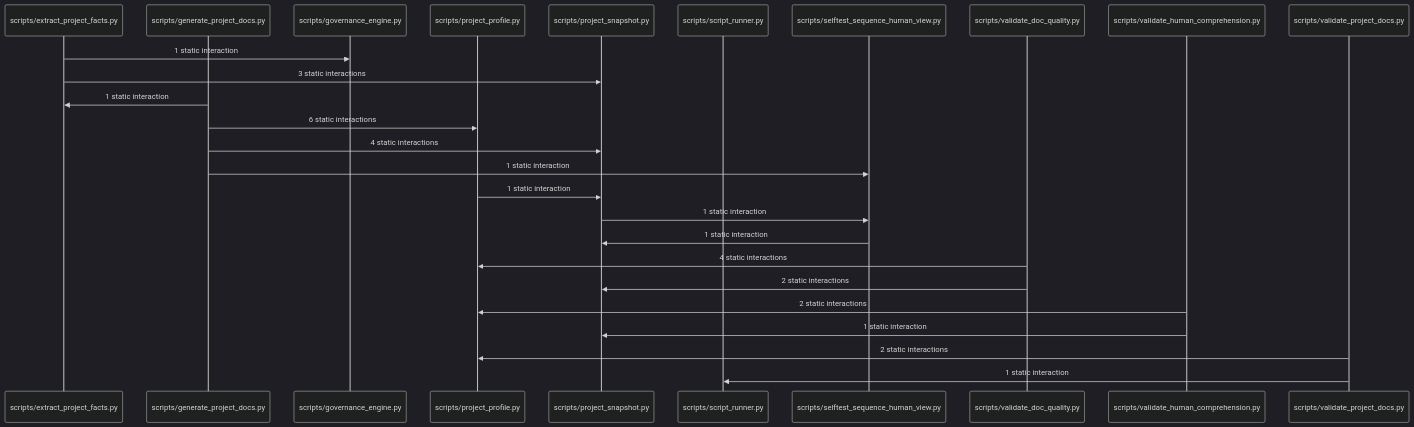
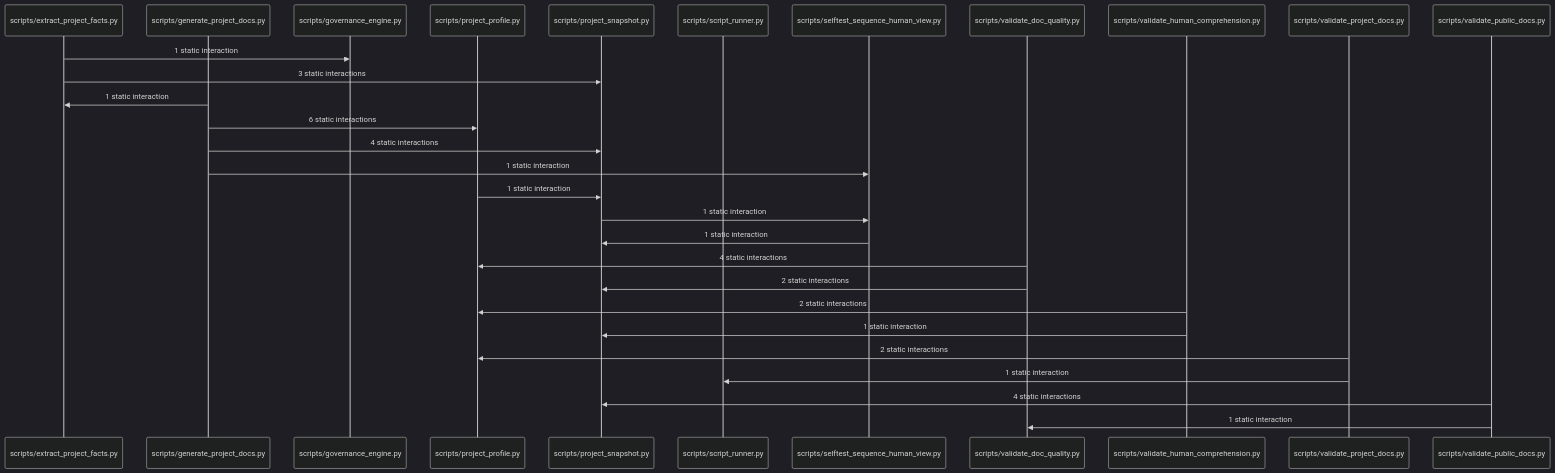
The diagram in docs/sequence/views/SW2-04-GOVERNANCE.md (maxqstudio/Skill_Workflow), drawn with Mermaid (dark theme) before and after one commit. The commit also changed other lines of this file and 43 other files, not shown here.

````diff
--- a/docs/sequence/views/SW2-04-GOVERNANCE.md
+++ b/docs/sequence/views/SW2-04-GOVERNANCE.md
@@ -27,28 +27,31 @@
 ```mermaid
 sequenceDiagram
     participant module_scripts_extract_project_facts_py_0 as scripts/extract_project_facts.py
     participant module_scripts_generate_project_docs_py_1 as scripts/generate_project_docs.py
     participant module_scripts_governance_engine_py_2 as scripts/governance_engine.py
     participant module_scripts_project_profile_py_3 as scripts/project_profile.py
     participant module_scripts_project_snapshot_py_4 as scripts/project_snapshot.py
     participant module_scripts_script_runner_py_5 as scripts/script_runner.py
     participant module_scripts_selftest_sequence_human_view_py_6 as scripts/selftest_sequence_human_view.py
     participant module_scripts_validate_doc_quality_py_7 as scripts/validate_doc_quality.py
     participant module_scripts_validate_human_comprehension_py_8 as scripts/validate_human_comprehension.py
     participant module_scripts_validate_project_docs_py_9 as scripts/validate_project_docs.py
+    participant module_scripts_validate_public_docs_py_10 as scripts/validate_public_docs.py
     module_scripts_extract_project_facts_py_0->>module_scripts_governance_engine_py_2: 1 static interaction
     module_scripts_extract_project_facts_py_0->>module_scripts_project_snapshot_py_4: 3 static interactions
     module_scripts_generate_project_docs_py_1->>module_scripts_extract_project_facts_py_0: 1 static interaction
     module_scripts_generate_project_docs_py_1->>module_scripts_project_profile_py_3: 6 static interactions
     module_scripts_generate_project_docs_py_1->>module_scripts_project_snapshot_py_4: 4 static interactions
     module_scripts_generate_project_docs_py_1->>module_scripts_selftest_sequence_human_view_py_6: 1 static interaction
     module_scripts_project_profile_py_3->>module_scripts_project_snapshot_py_4: 1 static interaction
     module_scripts_project_snapshot_py_4->>module_scripts_selftest_sequence_human_view_py_6: 1 static interaction
     module_scripts_selftest_sequence_human_view_py_6->>module_scripts_project_snapshot_py_4: 1 static interaction
     module_scripts_validate_doc_quality_py_7->>module_scripts_project_profile_py_3: 4 static interactions
     module_scripts_validate_doc_quality_py_7->>module_scripts_project_snapshot_py_4: 2 static interactions
     module_scripts_validate_human_comprehension_py_8->>module_scripts_project_profile_py_3: 2 static interactions
     module_scripts_validate_human_comprehension_py_8->>module_scripts_project_snapshot_py_4: 1 static interaction
     module_scripts_validate_project_docs_py_9->>module_scripts_project_profile_py_3: 2 static interactions
     module_scripts_validate_project_docs_py_9->>module_scripts_script_runner_py_5: 1 static interaction
+    module_scripts_validate_public_docs_py_10->>module_scripts_project_snapshot_py_4: 4 static interactions
+    module_scripts_validate_public_docs_py_10->>module_scripts_validate_doc_quality_py_7: 1 static interaction
 ```
````
